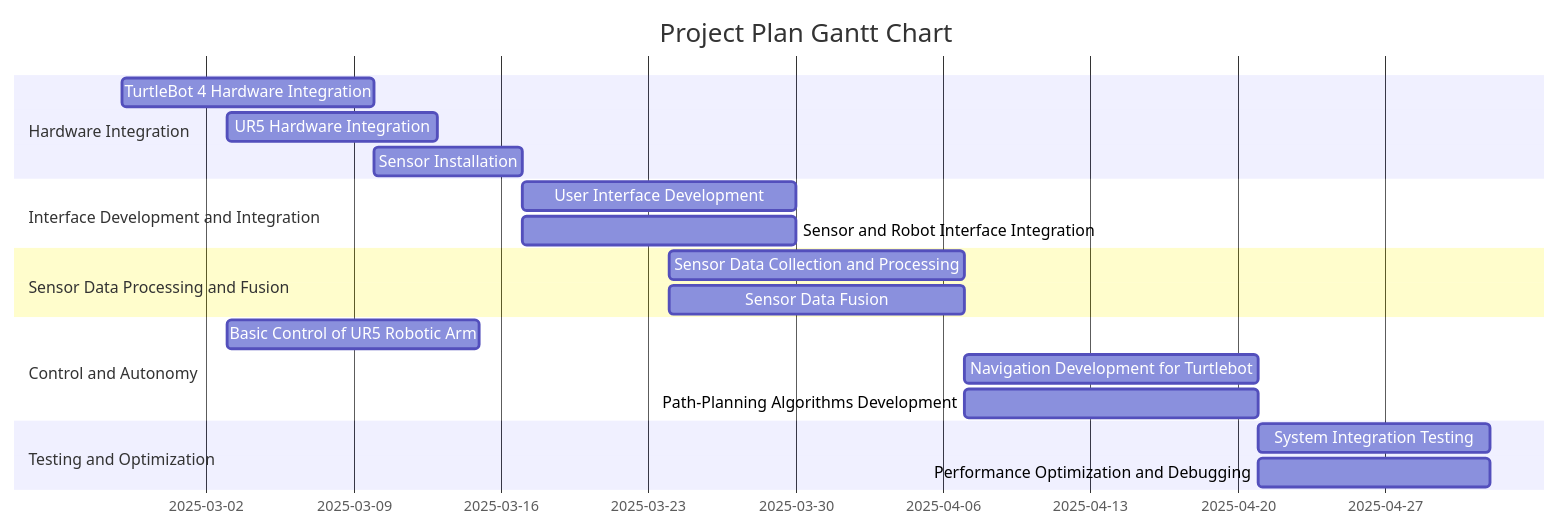
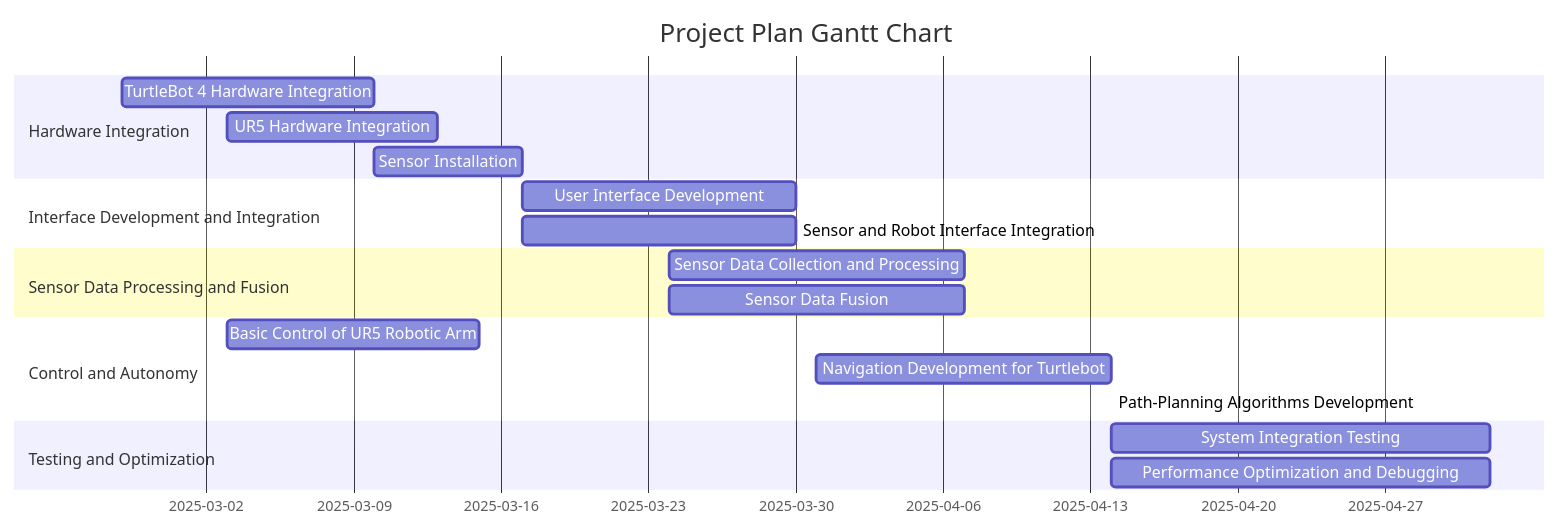
The diagram in docs/timeline.md (RAS598-2025-S-Team12/RAS598-2025-S-Team12.github.io), drawn with Mermaid before and after one commit.

````diff
--- a/docs/timeline.md
+++ b/docs/timeline.md
@@ -6,31 +6,31 @@
 ``` mermaid
 
 gantt
     title Project Plan Gantt Chart
     dateFormat  YYYY-MM-DD
 
     section Hardware Integration
     TurtleBot 4 Hardware Integration               :task2_1, 2025-02-26, 2025-03-10
     UR5 Hardware Integration                       :task2_2, 2025-03-03, 2025-03-13
     Sensor Installation          :task2_3, 2025-03-10, 2025-03-17
 
     section Interface Development and Integration
     User Interface Development:task3_1, 2025-03-17, 2025-03-30
     Sensor and Robot Interface Integration          :task3_2, 2025-03-17, 2025-03-30
 
     section Sensor Data Processing and Fusion
     Sensor Data Collection and Processing           :task4_1, 2025-03-24, 2025-04-07
     Sensor Data Fusion                              :task4_2, 2025-03-24, 2025-04-07
 
     section Control and Autonomy 
     Basic Control of UR5 Robotic Arm               :task5_1, 2025-03-03, 2025-03-15
-    Navigation Development for Turtlebot                 :task5_2, 2025-04-07, 2025-04-21
-    Path-Planning Algorithms Development                 :task5_3, 2025-04-07, 2025-04-21
+    Navigation Development for Turtlebot                 :task5_2, 2025-03-31, 2025-04-14
+    Path-Planning Algorithms Development                 :task5_3, 2025-04-31, 2025-04-14
 
     section Testing and Optimization
-    System Integration Testing                     :task6_1, 2025-04-21, 2025-05-02
-    Performance Optimization and Debugging         :task6_2, 2025-04-21, 2025-05-02
+    System Integration Testing                     :task6_1, 2025-04-14, 2025-05-02
+    Performance Optimization and Debugging         :task6_2, 2025-04-14, 2025-05-02
 
 
 
 ```
````
